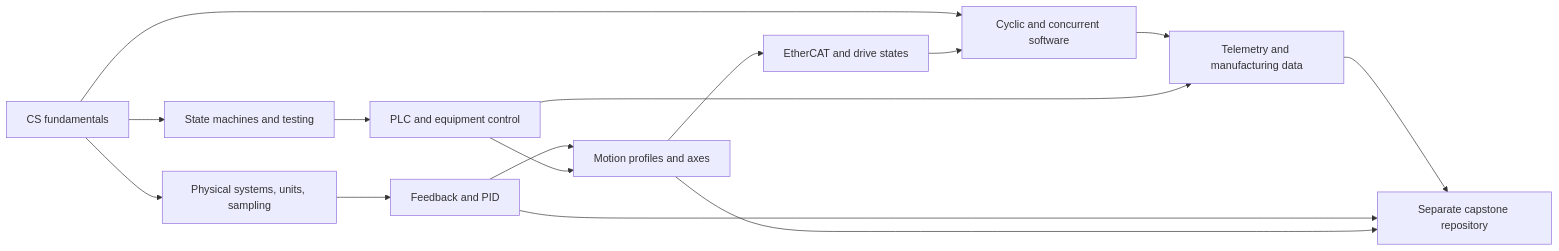
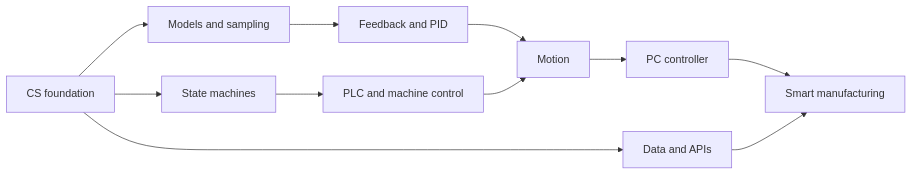
Before and after one commit to parthoece/industrial-controls-learning-lab: the diagram in docs/diagrams/learning-dependency-map.md, drawn with Mermaid. The commit also changed other lines of this file and 86 other files, not shown here.

````diff
--- a/docs/diagrams/learning-dependency-map.md
+++ b/docs/diagrams/learning-dependency-map.md
@@ -3,17 +3,13 @@
 ```mermaid
 flowchart LR
-    CS[CS fundamentals] --> SYS[Physical systems, units, sampling]
-    SYS --> CTRL[Feedback and PID]
-    CS --> SM[State machines and testing]
-    SM --> PLC[PLC and equipment control]
-    CTRL --> MOTION[Motion profiles and axes]
+    CS[CS foundation] --> MODEL[Models and sampling]
+    MODEL --> FB[Feedback and PID]
+    CS --> STATE[State machines]
+    STATE --> PLC[PLC and machine control]
+    FB --> MOTION[Motion]
     PLC --> MOTION
-    MOTION --> NET[EtherCAT and drive states]
-    CS --> RT[Cyclic and concurrent software]
-    NET --> RT
-    RT --> DATA[Telemetry and manufacturing data]
-    PLC --> DATA
-    DATA --> CAP[Separate capstone repository]
-    CTRL --> CAP
-    MOTION --> CAP
+    MOTION --> CYCLIC[PC controller]
+    CS --> DATA[Data and APIs]
+    CYCLIC --> SMART[Smart manufacturing]
+    DATA --> SMART
 ```
````
